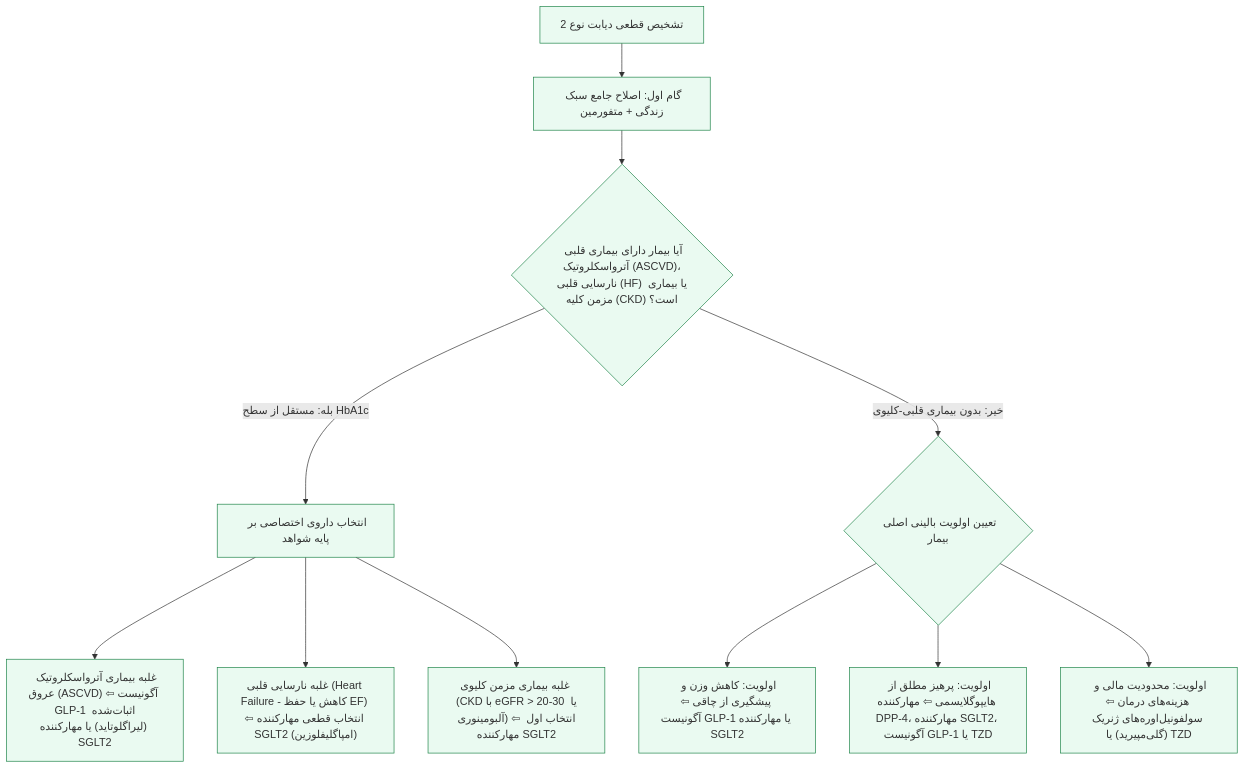
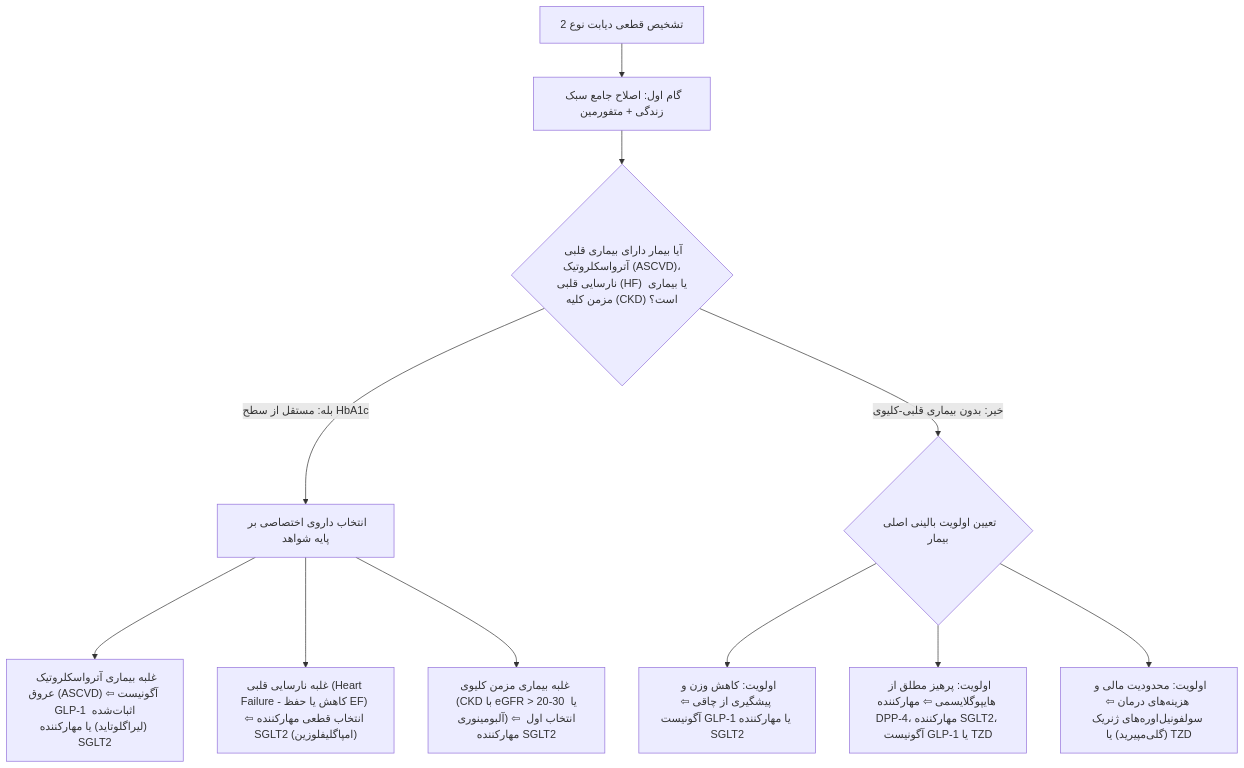
Before and after one commit to neopulse-hub/TUMS-1396-1-material-notes: diagram 14 of 15 in 7/مبانی غدد/دیابت.md, drawn with Mermaid. The commit also changed other lines of this file, not shown here.

````diff
--- a/7/مبانی غدد/دیابت.md
+++ b/7/مبانی غدد/دیابت.md
@@ -675,20 +655,18 @@
 ```mermaid
 flowchart TD
     DiagT2D["تشخیص قطعی دیابت نوع 2"] --> FirstLine["گام اول: اصلاح جامع سبک زندگی + متفورمین"]
     
     FirstLine --> HighRiskCheck{"آیا بیمار دارای بیماری قلبی آترواسکلروتیک (ASCVD)،<br>نارسایی قلبی (HF) یا بیماری مزمن کلیه (CKD) است؟"}
     
     HighRiskCheck -->|بله: مستقل از سطح HbA1c| Cardiorenal["انتخاب داروی اختصاصی بر پایه شواهد"]
     Cardiorenal --> ASCVD["غلبه بیماری آترواسکلروتیک عروق (ASCVD) ⇦ آگونیست GLP-1 اثبات‌شده (لیراگلوتاید) یا مهارکننده SGLT2"]
     Cardiorenal --> HF["غلبه نارسایی قلبی (Heart Failure - کاهش یا حفظ EF) ⇦ انتخاب قطعی مهارکننده SGLT2 (امپاگلیفلوزین)"]
     Cardiorenal --> CKD["غلبه بیماری مزمن کلیوی (CKD با eGFR > 20-30 یا آلبومینوری) ⇦ انتخاب اول مهارکننده SGLT2"]
     
     HighRiskCheck -->|خیر: بدون بیماری قلبی-کلیوی| GoalFocus{"تعیین اولویت بالینی اصلی بیمار"}
     
     GoalFocus --> WeightLoss["اولویت: کاهش وزن و پیشگیری از چاقی ⇦ آگونیست GLP-1 یا مهارکننده SGLT2"]
     GoalFocus --> HypoAvoid["اولویت: پرهیز مطلق از هایپوگلایسمی ⇦ مهارکننده DPP-4، مهارکننده SGLT2، آگونیست GLP-1 یا TZD"]
     GoalFocus --> CostLimit["اولویت: محدودیت مالی و هزینه‌های درمان ⇦ سولفونیل‌اوره‌های ژنریک (گلی‌مپیرید) یا TZD"]
 
-    classDef ada fill:#eafaf1,stroke:#1e8449,stroke-width:1px;
-    class DiagT2D,FirstLine,HighRiskCheck,Cardiorenal,ASCVD,HF,CKD,GoalFocus,WeightLoss,HypoAvoid,CostLimit ada;
 ```
````
